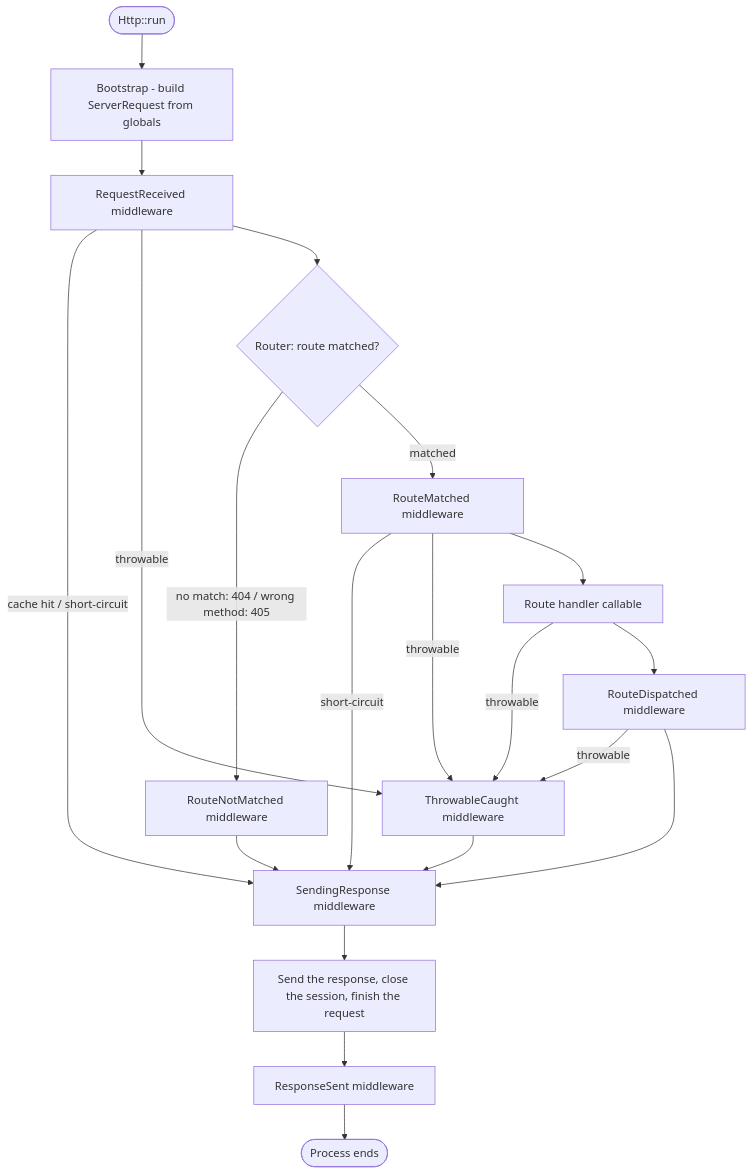
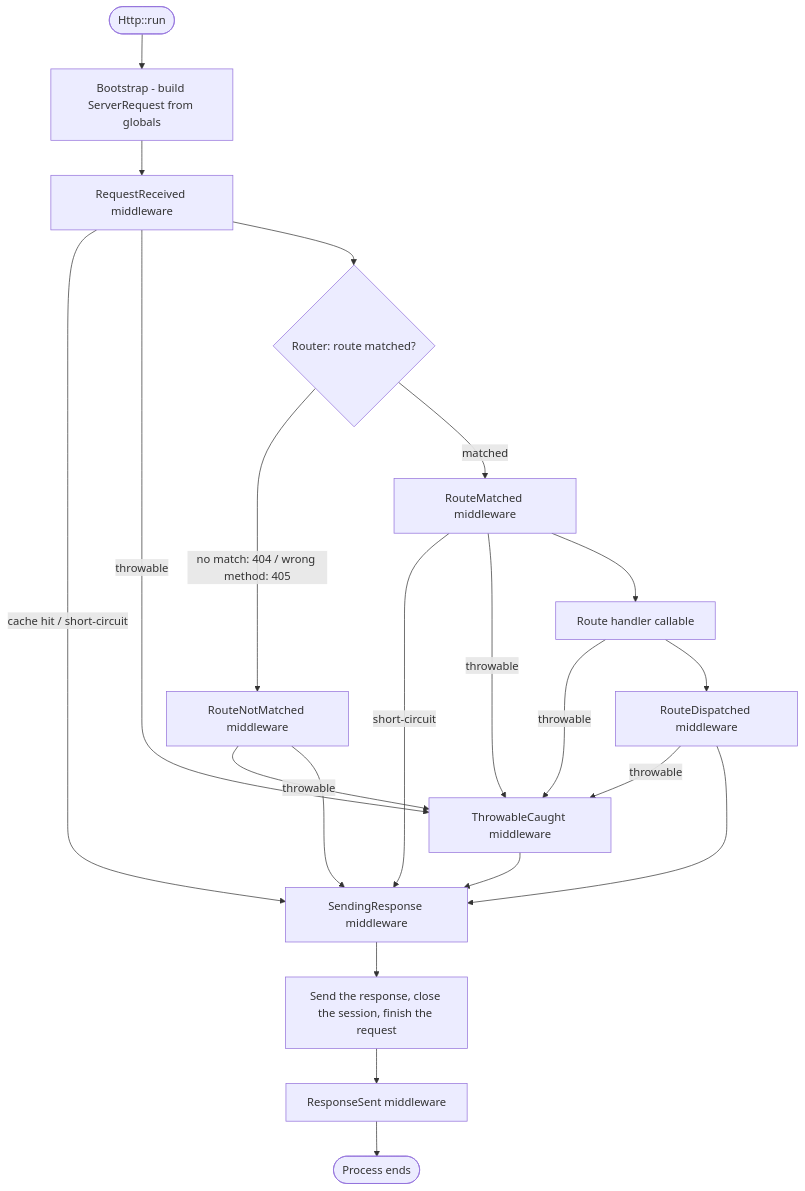
One commit to valkyrjaio/valkyrja changed the diagram in src/Valkyrja/Http/README.md. Above: the diagram before and after it, drawn with Mermaid.

Commit message:
[Http] docs: Add the RouteNotMatched throwable edge to the lifecycle diagram.

````diff
--- a/src/Valkyrja/Http/README.md
+++ b/src/Valkyrja/Http/README.md
@@ -448,22 +448,23 @@
 ```mermaid
 flowchart TD
     A([Http::run]) --> B[Bootstrap - build ServerRequest from globals]
     B --> C[RequestReceived middleware]
     C -->|"cache hit / short-circuit"| G[SendingResponse middleware]
     C -->|throwable| J[ThrowableCaught middleware]
     C --> D{"Router: route matched?"}
     D -->|"no match: 404 / wrong method: 405"| E[RouteNotMatched middleware]
     D -->|matched| F[RouteMatched middleware]
+    E -->|throwable| J
     E --> G
     F -->|"short-circuit"| G
     F -->|throwable| J
     F --> H[Route handler callable]
     H -->|throwable| J
     H --> I[RouteDispatched middleware]
     I -->|throwable| J
     I --> G
     J --> G
     G --> K[Send the response, close the session, finish the request]
     K --> L[ResponseSent middleware]
     L --> M([Process ends])
 ```
````
